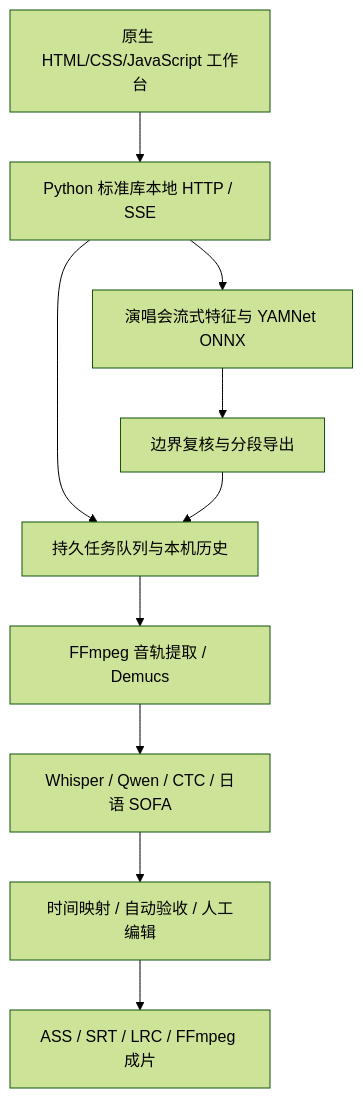
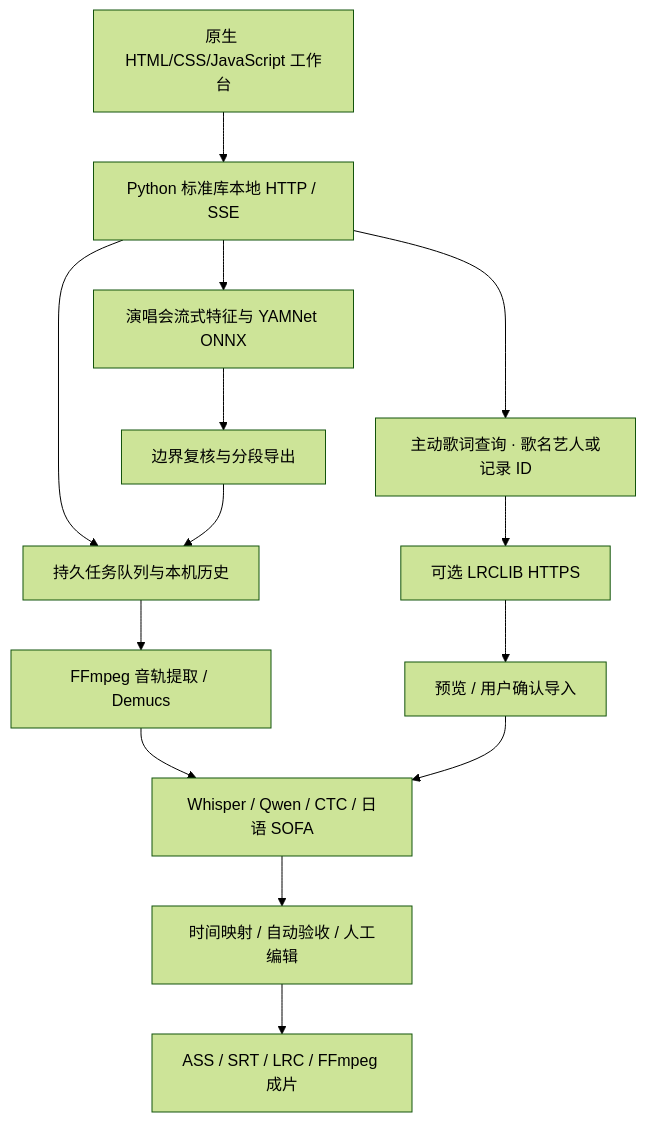
The diagram in docs/PROJECT_REVIEW.md (LaHauzel/lets-karaoke), drawn with Mermaid (forest theme) before and after one commit. The commit also changed other lines of this file and 24 other files, not shown here.

````diff
--- a/docs/PROJECT_REVIEW.md
+++ b/docs/PROJECT_REVIEW.md
@@ -31,12 +35,16 @@
 ```mermaid
 flowchart TD
     A[原生 HTML/CSS/JavaScript 工作台] --> B[Python 标准库本地 HTTP / SSE]
     B --> C[持久任务队列与本机历史]
     C --> D[FFmpeg 音轨提取 / Demucs]
     D --> E[Whisper / Qwen / CTC / 日语 SOFA]
     E --> F[时间映射 / 自动验收 / 人工编辑]
     F --> G[ASS / SRT / LRC / FFmpeg 成片]
     B --> H[演唱会流式特征与 YAMNet ONNX]
     H --> I[边界复核与分段导出]
     I --> C
+    B --> J[主动歌词查询 · 歌名艺人或记录 ID]
+    J --> K[可选 LRCLIB HTTPS]
+    K --> L[预览 / 用户确认导入]
+    L --> E
 ```
````
